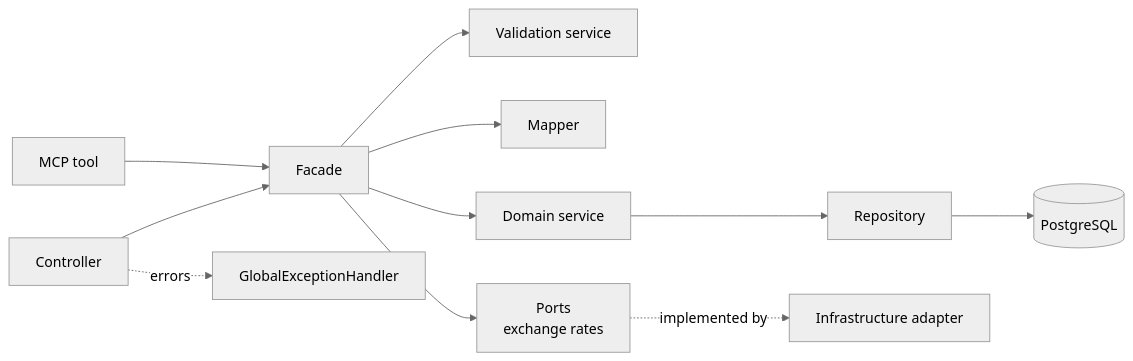
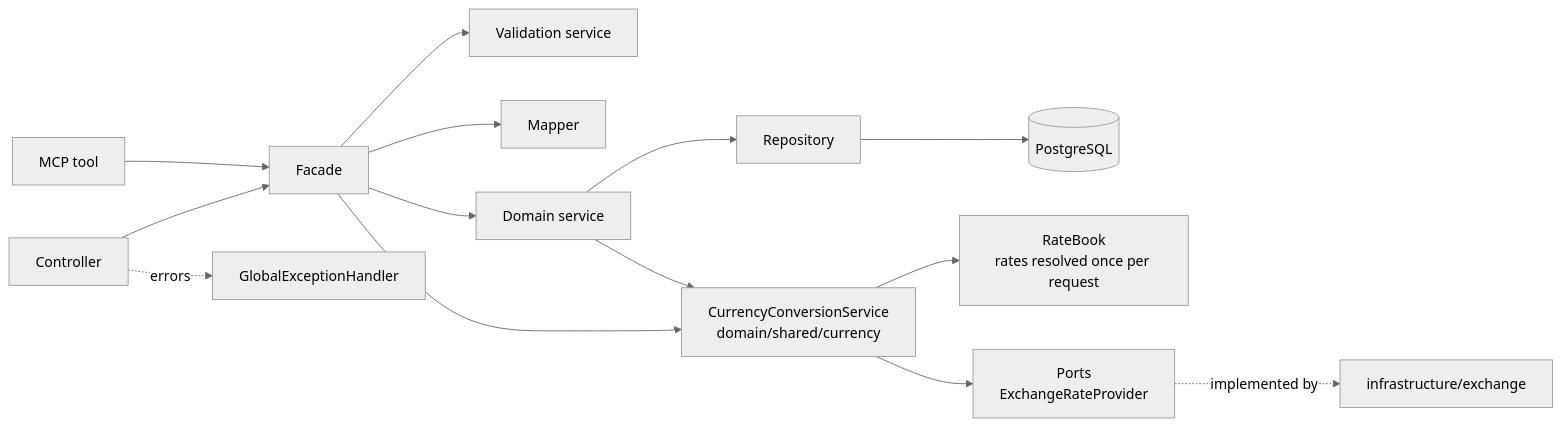
One commit to Mxo01/Aurum changed the first of 3 diagrams in README.md. Above: the diagram before and after it, drawn with Mermaid (neutral theme). The commit also changed other lines of this file and 30 other files, not shown here.

````diff
--- a/README.md
+++ b/README.md
@@ -24,13 +24,16 @@
 ```mermaid
 flowchart LR
     C[Controller] --> F[Facade]
     M[MCP tool] --> F
     F --> V[Validation service]
     F --> MAP[Mapper]
     F --> S[Domain service]
     S --> R[Repository]
     R --> DB[(PostgreSQL)]
-    F --> P[Ports<br/>exchange rates]
-    P -.implemented by.-> I[Infrastructure adapter]
+    F --> CC[CurrencyConversionService<br/>domain/shared/currency]
+    S --> CC
+    CC --> RB[RateBook<br/>rates resolved once per request]
+    CC --> P[Ports<br/>ExchangeRateProvider]
+    P -.implemented by.-> I[infrastructure/exchange]
     C -.errors.-> H[GlobalExceptionHandler]
 ```
````
